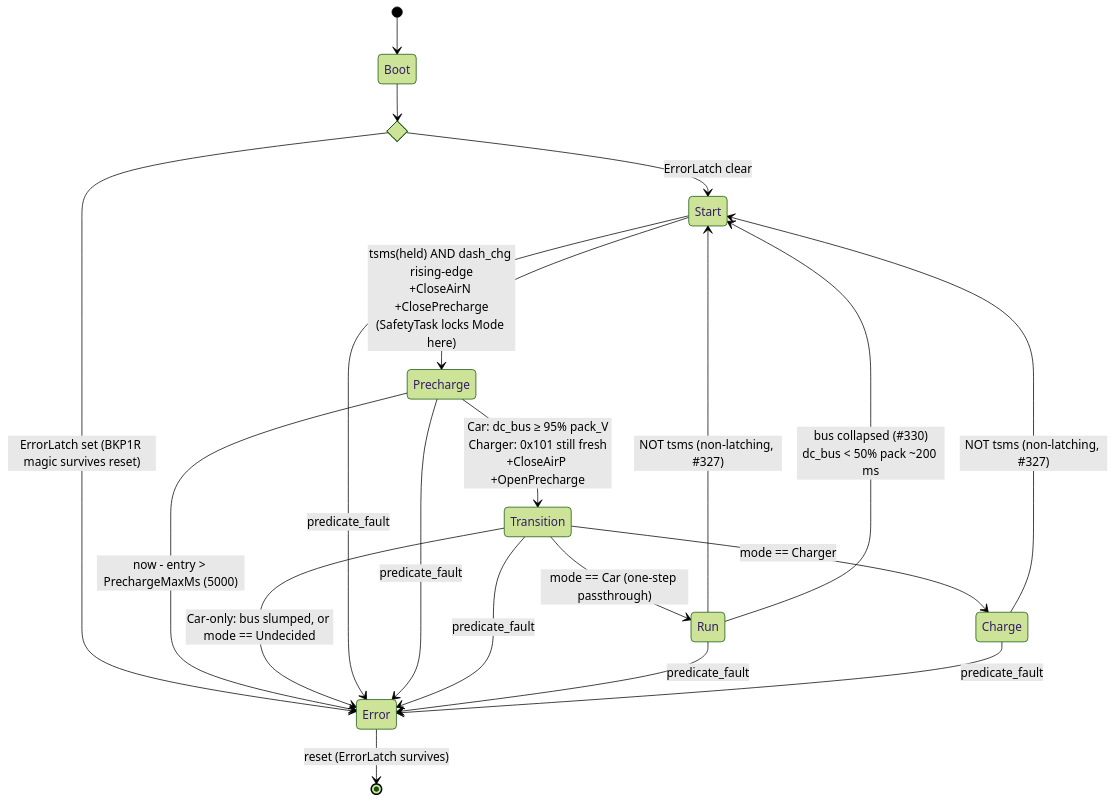
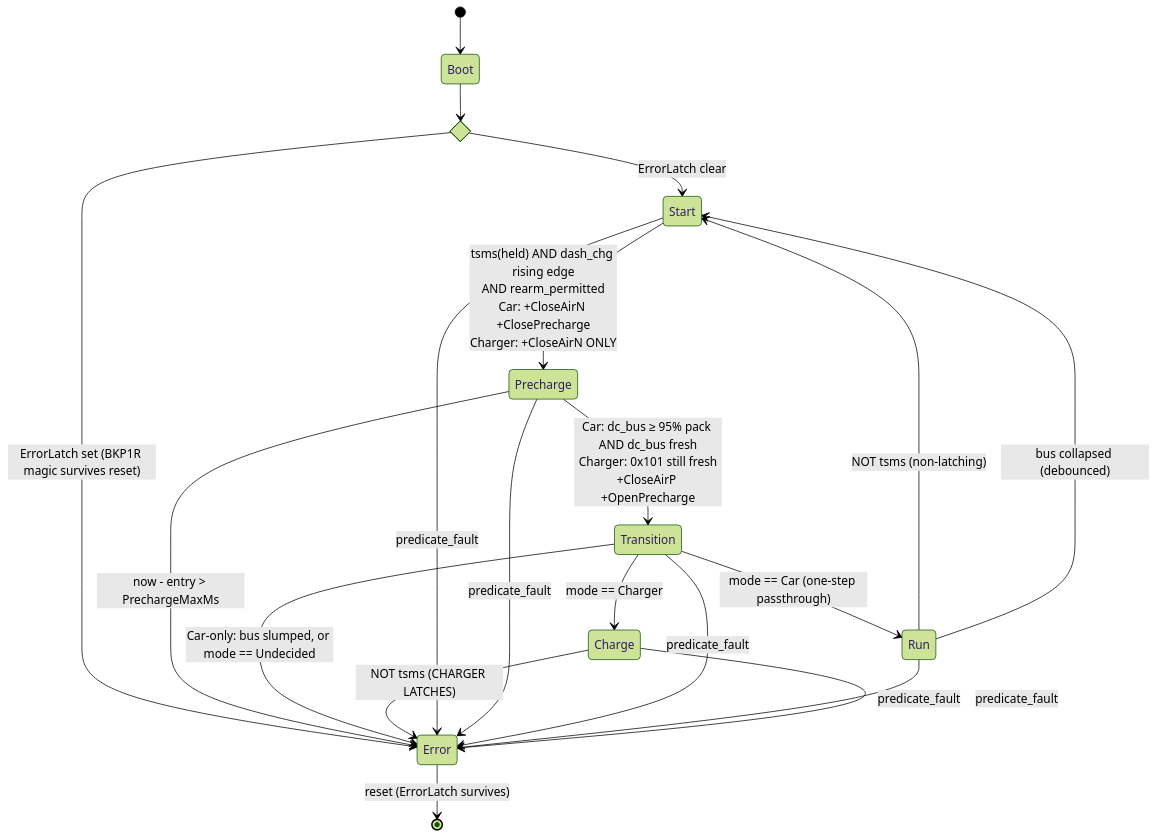
One commit to isc-fs/IFS08-CE-AMS changed the third of 4 diagrams in docs/DEEP_DIVE.md. Above: the diagram before and after it, drawn with Mermaid (forest theme). The commit also changed other lines of this file and 13 other files, not shown here.

````diff
--- a/docs/DEEP_DIVE.md
+++ b/docs/DEEP_DIVE.md
@@ -252,29 +374,29 @@
 ```mermaid
 stateDiagram-v2
   [*] --> Boot
   state boot_check <<choice>>
   Boot --> boot_check
   boot_check --> Start : ErrorLatch clear
   boot_check --> Error : ErrorLatch set (BKP1R magic survives reset)
 
-  Start --> Precharge : tsms(held) AND dash_chg rising-edge<br/>+CloseAirN +ClosePrecharge<br/>(SafetyTask locks Mode here)
+  Start --> Precharge : tsms(held) AND dash_chg rising edge<br/>AND rearm_permitted<br/>Car: +CloseAirN +ClosePrecharge<br/>Charger: +CloseAirN ONLY
 
-  Precharge --> Transition : Car: dc_bus ≥ 95% pack_V<br/>Charger: 0x101 still fresh<br/>+CloseAirP +OpenPrecharge
-  Precharge --> Error : now - entry > PrechargeMaxMs (5000)
+  Precharge --> Transition : Car: dc_bus ≥ 95% pack AND dc_bus fresh<br/>Charger: 0x101 still fresh<br/>+CloseAirP +OpenPrecharge
+  Precharge --> Error : now - entry > PrechargeMaxMs
 
   Transition --> Run : mode == Car (one-step passthrough)
   Transition --> Charge : mode == Charger
   Transition --> Error : Car-only: bus slumped, or mode == Undecided
 
-  Run --> Start : NOT tsms (non-latching, #327)
-  Charge --> Start : NOT tsms (non-latching, #327)
-  Run --> Start : bus collapsed (#330)<br/>dc_bus < 50% pack ~200 ms
+  Run --> Start : NOT tsms (non-latching)
+  Charge --> Error : NOT tsms (CHARGER LATCHES)
+  Run --> Start : bus collapsed (debounced)
 
   Start --> Error : predicate_fault
   Precharge --> Error : predicate_fault
   Transition --> Error : predicate_fault
   Run --> Error : predicate_fault
   Charge --> Error : predicate_fault
 
   Error --> [*] : reset (ErrorLatch survives)
 ```
````
